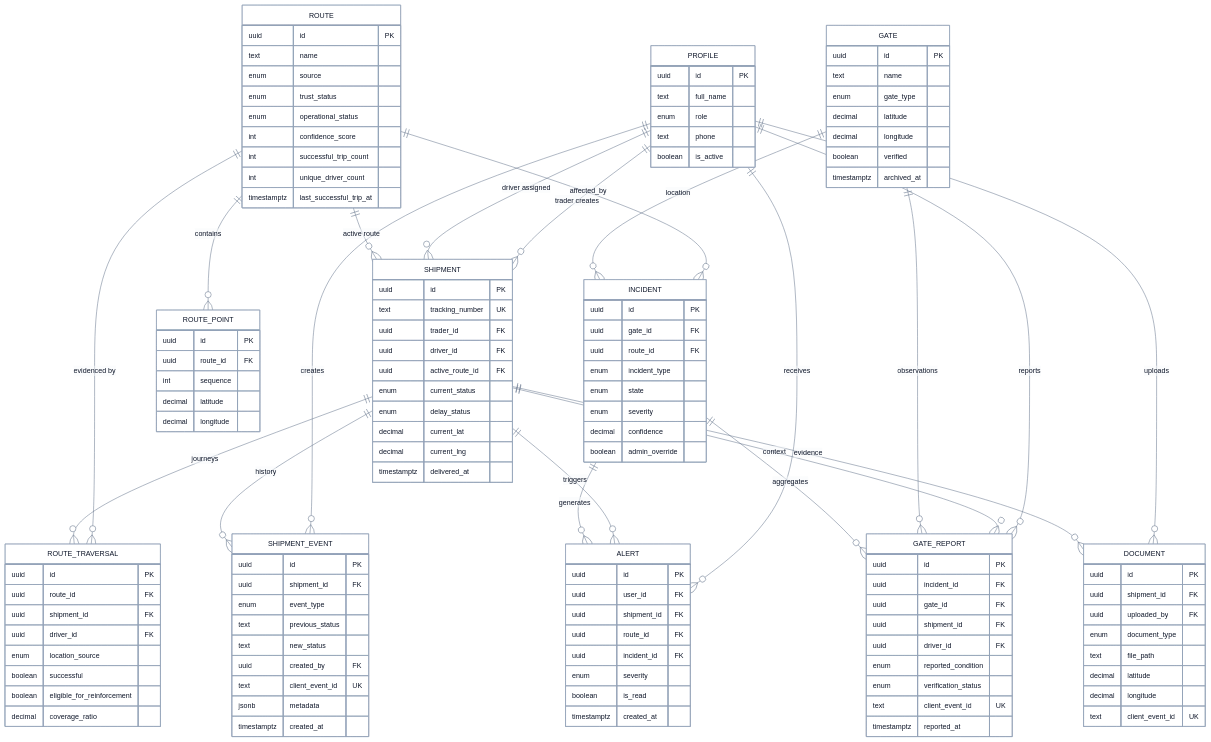
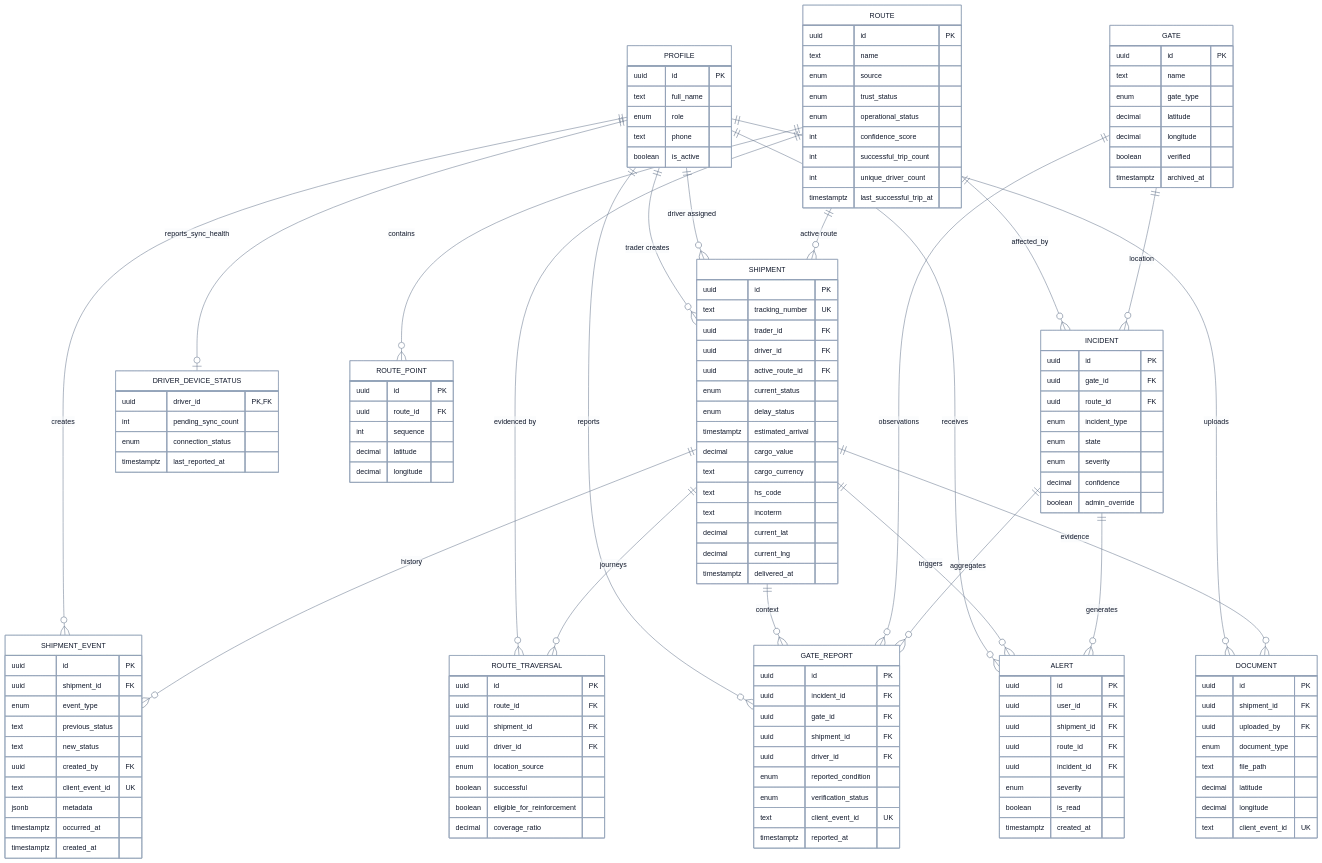
One commit to Aung-Ko-Ko-Oo/Rapid-Prototype-for-Myanmar-Logistics-Tracking-System changed the diagram in doc/mermaid/05-er-diagram.mmd. Above: the diagram before and after it, drawn with Mermaid. The commit also changed 49 other files, not shown here.

```diff
--- a/doc/mermaid/05-er-diagram.mmd
+++ b/doc/mermaid/05-er-diagram.mmd
@@ -1,133 +1,146 @@
 %%{init: {"theme":"base","themeVariables":{"fontFamily":"Inter, ui-sans-serif, system-ui, sans-serif","fontSize":"14px","primaryTextColor":"#0f172a","lineColor":"#64748b","primaryColor":"#ffffff","primaryBorderColor":"#94a3b8","tertiaryColor":"#f8fafc"}}}%%
 erDiagram
     PROFILE ||--o{ SHIPMENT : "trader creates"
     PROFILE ||--o{ SHIPMENT : "driver assigned"
     PROFILE ||--o{ SHIPMENT_EVENT : creates
     PROFILE ||--o{ GATE_REPORT : reports
     PROFILE ||--o{ ALERT : receives
     PROFILE ||--o{ DOCUMENT : uploads
+    PROFILE ||--o| DRIVER_DEVICE_STATUS : reports_sync_health
 
     ROUTE ||--o{ ROUTE_POINT : contains
     ROUTE ||--o{ ROUTE_TRAVERSAL : "evidenced by"
     ROUTE ||--o{ INCIDENT : affected_by
     ROUTE ||--o{ SHIPMENT : "active route"
 
     SHIPMENT ||--o{ SHIPMENT_EVENT : history
     SHIPMENT ||--o{ ROUTE_TRAVERSAL : journeys
     SHIPMENT ||--o{ GATE_REPORT : context
     SHIPMENT ||--o{ ALERT : triggers
     SHIPMENT ||--o{ DOCUMENT : evidence
 
     GATE ||--o{ INCIDENT : location
     GATE ||--o{ GATE_REPORT : observations
     INCIDENT ||--o{ GATE_REPORT : aggregates
     INCIDENT ||--o{ ALERT : generates
 
     PROFILE {
       uuid id PK
       text full_name
       enum role
       text phone
       boolean is_active
     }
     SHIPMENT {
       uuid id PK
       text tracking_number UK
       uuid trader_id FK
       uuid driver_id FK
       uuid active_route_id FK
       enum current_status
       enum delay_status
+      timestamptz estimated_arrival
+      decimal cargo_value
+      text cargo_currency
+      text hs_code
+      text incoterm
       decimal current_lat
       decimal current_lng
       timestamptz delivered_at
     }
     SHIPMENT_EVENT {
       uuid id PK
       uuid shipment_id FK
       enum event_type
       text previous_status
       text new_status
       uuid created_by FK
       text client_event_id UK
       jsonb metadata
+      timestamptz occurred_at
       timestamptz created_at
     }
     ROUTE {
       uuid id PK
       text name
       enum source
       enum trust_status
       enum operational_status
       int confidence_score
       int successful_trip_count
       int unique_driver_count
       timestamptz last_successful_trip_at
     }
     ROUTE_POINT {
       uuid id PK
       uuid route_id FK
       int sequence
       decimal latitude
       decimal longitude
     }
     ROUTE_TRAVERSAL {
       uuid id PK
       uuid route_id FK
       uuid shipment_id FK
       uuid driver_id FK
       enum location_source
       boolean successful
       boolean eligible_for_reinforcement
       decimal coverage_ratio
     }
     GATE {
       uuid id PK
       text name
       enum gate_type
       decimal latitude
       decimal longitude
       boolean verified
       timestamptz archived_at
     }
     INCIDENT {
       uuid id PK
       uuid gate_id FK
       uuid route_id FK
       enum incident_type
       enum state
       enum severity
       decimal confidence
       boolean admin_override
     }
     GATE_REPORT {
       uuid id PK
       uuid incident_id FK
       uuid gate_id FK
       uuid shipment_id FK
       uuid driver_id FK
       enum reported_condition
       enum verification_status
       text client_event_id UK
       timestamptz reported_at
     }
     ALERT {
       uuid id PK
       uuid user_id FK
       uuid shipment_id FK
       uuid route_id FK
       uuid incident_id FK
       enum severity
       boolean is_read
       timestamptz created_at
     }
+    DRIVER_DEVICE_STATUS {
+      uuid driver_id PK,FK
+      int pending_sync_count
+      enum connection_status
+      timestamptz last_reported_at
+    }
     DOCUMENT {
       uuid id PK
       uuid shipment_id FK
       uuid uploaded_by FK
       enum document_type
       text file_path
       decimal latitude
       decimal longitude
       text client_event_id UK
     }
```
